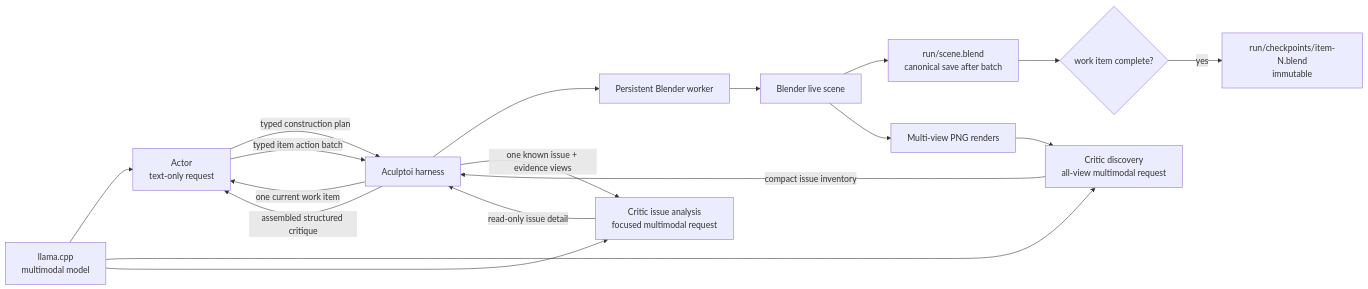
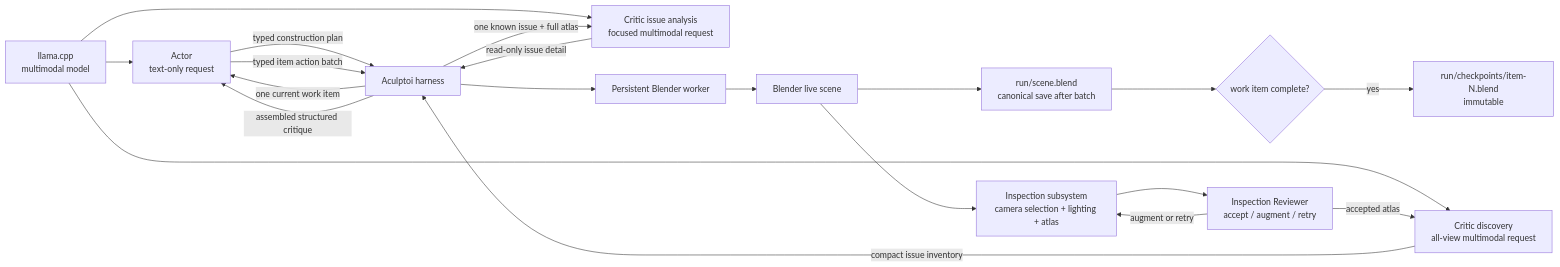
One commit to ifranlaloe/Aculptoi changed the first of 2 diagrams in docs/architecture.md. Above: the diagram before and after it, drawn with Mermaid. The commit also changed other lines of this file and 34 other files, not shown here.

Commit message:
Add dynamic inspection atlas

````diff
--- a/docs/architecture.md
+++ b/docs/architecture.md
@@ -5,20 +5,22 @@
 ```mermaid
 flowchart LR
     M[llama.cpp\nmultimodal model] --> A[Actor\ntext-only request]
     M --> D[Critic discovery\nall-view multimodal request]
     M --> F[Critic issue analysis\nfocused multimodal request]
     A -->|typed construction plan| H[Aculptoi harness]
     H -->|one current work item| A
     A -->|typed item action batch| H
     H --> W[Persistent Blender worker]
     W --> B[Blender live scene]
     B --> S[run/scene.blend\ncanonical save after batch]
     S --> Q{work item complete?}
     Q -->|yes| K[run/checkpoints/item-N.blend\nimmutable]
-    B --> R[Multi-view PNG renders]
-    R --> D
+    B --> R[Inspection subsystem\ncamera selection + lighting + atlas]
+    R --> I[Inspection Reviewer\naccept / augment / retry]
+    I -->|accepted atlas| D
+    I -->|augment or retry| R
     D -->|compact issue inventory| H
-    H -->|one known issue + evidence views| F
+    H -->|one known issue + full atlas| F
     F -->|read-only issue detail| H
     H -->|assembled structured critique| A
 ```
````
